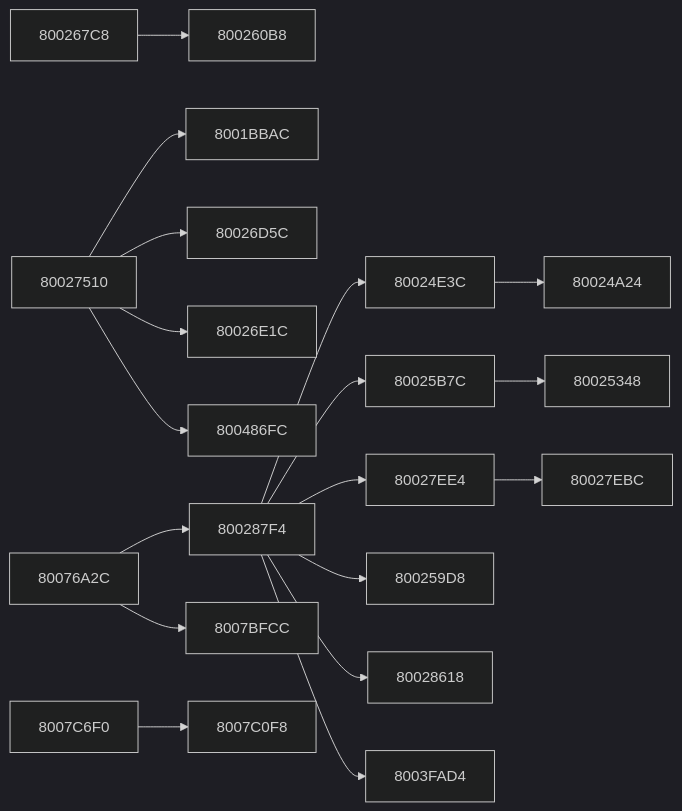
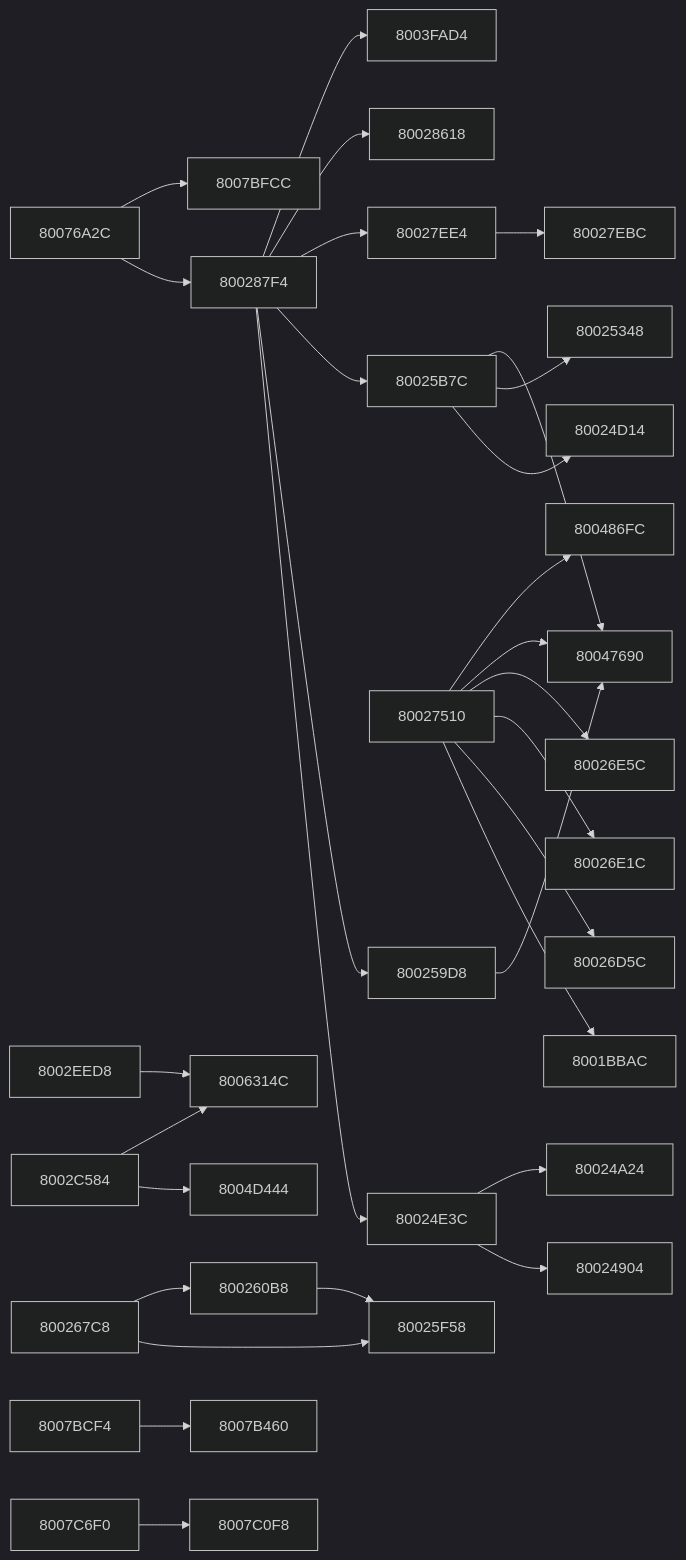
Before and after one commit to kai-luni/Future-Cop-L.A.P.D-PS1: the second of 11 diagrams in docs/FUNCTION_MAP.md, drawn with Mermaid (dark theme). The commit also changed other lines of this file, not shown here.

````diff
--- a/docs/FUNCTION_MAP.md
+++ b/docs/FUNCTION_MAP.md
@@ -72,41 +78,64 @@
 ```mermaid
 graph LR
+    f80024e3c --> f80024904
     f80024e3c --> f80024a24
+    f800259d8 --> f80047690
+    f80025b7c --> f80024d14
     f80025b7c --> f80025348
+    f80025b7c --> f80047690
+    f800260b8 --> f80025f58
+    f800267c8 --> f80025f58
     f800267c8 --> f800260b8
     f80027510 --> f8001bbac
     f80027510 --> f80026d5c
     f80027510 --> f80026e1c
+    f80027510 --> f80026e5c
+    f80027510 --> f80047690
     f80027510 --> f800486fc
     f80027ee4 --> f80027ebc
     f800287f4 --> f80024e3c
     f800287f4 --> f800259d8
     f800287f4 --> f80025b7c
     f800287f4 --> f80027ee4
     f800287f4 --> f80028618
     f800287f4 --> f8003fad4
+    f8002c584 --> f8004d444
+    f8002c584 --> f8006314c
+    f8002eed8 --> f8006314c
     f80076a2c --> f800287f4
     f80076a2c --> f8007bfcc
+    f8007bcf4 --> f8007b460
     f8007c6f0 --> f8007c0f8
     f8001bbac["8001BBAC"]
+    f80024904["80024904"]
     f80024a24["80024A24"]
+    f80024d14["80024D14"]
     f80024e3c["80024E3C"]
     f80025348["80025348"]
     f800259d8["800259D8"]
     f80025b7c["80025B7C"]
+    f80025f58["80025F58"]
     f800260b8["800260B8"]
     f800267c8["800267C8"]
     f80026d5c["80026D5C"]
     f80026e1c["80026E1C"]
+    f80026e5c["80026E5C"]
     f80027510["80027510"]
     f80027ebc["80027EBC"]
     f80027ee4["80027EE4"]
     f80028618["80028618"]
     f800287f4["800287F4"]
+    f8002c584["8002C584"]
+    f8002eed8["8002EED8"]
     f8003fad4["8003FAD4"]
+    f80047690["80047690"]
     f800486fc["800486FC"]
+    f8004d444["8004D444"]
+    f8006314c["8006314C"]
     f80076a2c["80076A2C"]
+    f8007b460["8007B460"]
+    f8007bcf4["8007BCF4"]
     f8007bfcc["8007BFCC"]
     f8007c0f8["8007C0F8"]
     f8007c6f0["8007C6F0"]
 ```
````
